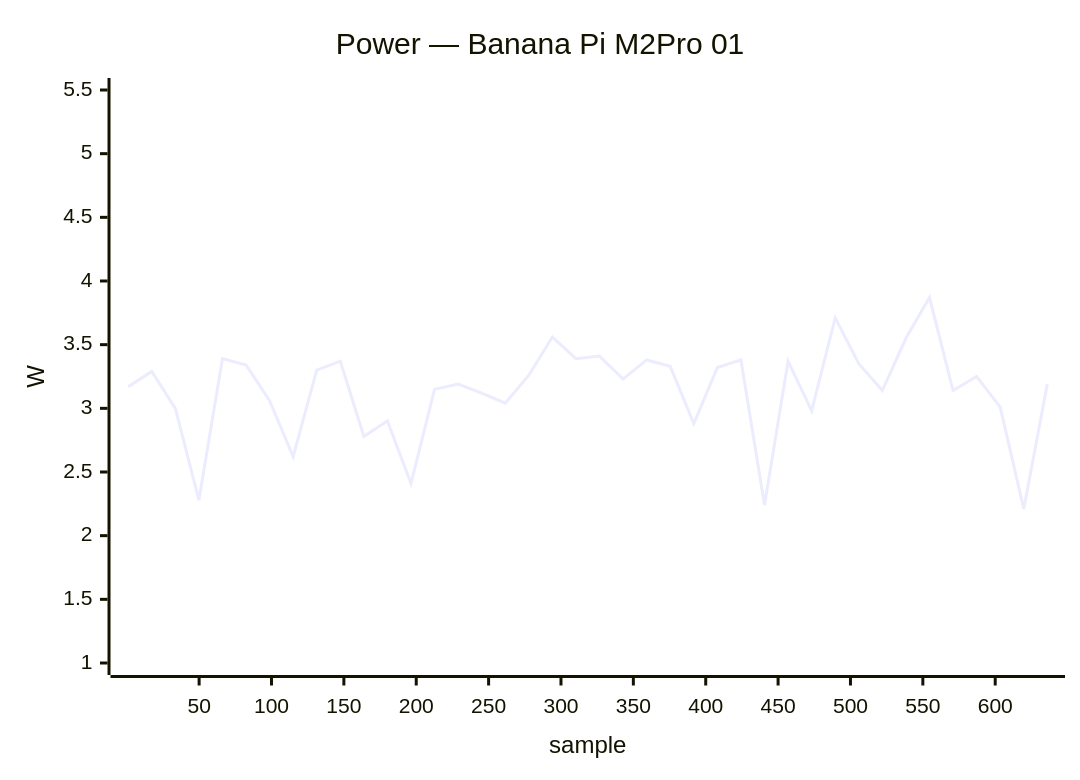
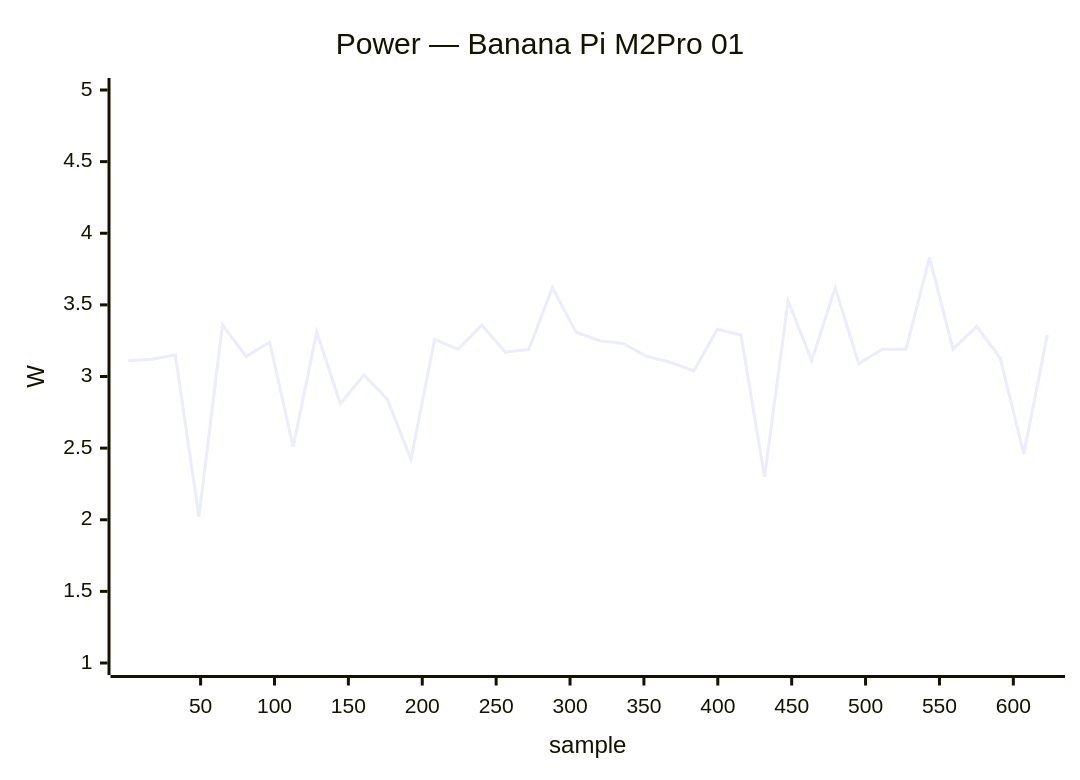
Before and after one commit to armbian/documentation: the sixth of 33 diagrams in docs/status/board-tests.md, drawn with Mermaid. The commit also changed other lines of this file, not shown here.

````diff
--- a/docs/status/board-tests.md
+++ b/docs/status/board-tests.md
@@ -287,7 +286,7 @@
 ```mermaid
 xychart-beta
     title "Power — Banana Pi M2Pro 01"
-    x-axis "sample" 1 --> 636
-    y-axis "W" 1.0 --> 5.5
-    line [3.17, 3.29, 3.00, 2.28, 3.39, 3.34, 3.06, 2.62, 3.30, 3.37, 2.78, 2.90, 2.41, 3.15, 3.19, 3.12, 3.04, 3.26, 3.56, 3.39, 3.41, 3.23, 3.38, 3.33, 2.88, 3.32, 3.38, 2.24, 3.37, 2.98, 3.71, 3.35, 3.14, 3.55, 3.87, 3.14, 3.25, 3.01, 2.21, 3.19]
+    x-axis "sample" 1 --> 623
+    y-axis "W" 1.0 --> 5.0
+    line [3.11, 3.12, 3.15, 2.02, 3.36, 3.14, 3.24, 2.51, 3.31, 2.81, 3.01, 2.84, 2.42, 3.26, 3.19, 3.36, 3.17, 3.19, 3.62, 3.31, 3.25, 3.23, 3.14, 3.10, 3.04, 3.33, 3.29, 2.30, 3.53, 3.11, 3.62, 3.09, 3.19, 3.19, 3.83, 3.19, 3.35, 3.13, 2.46, 3.29]
 ```
````
